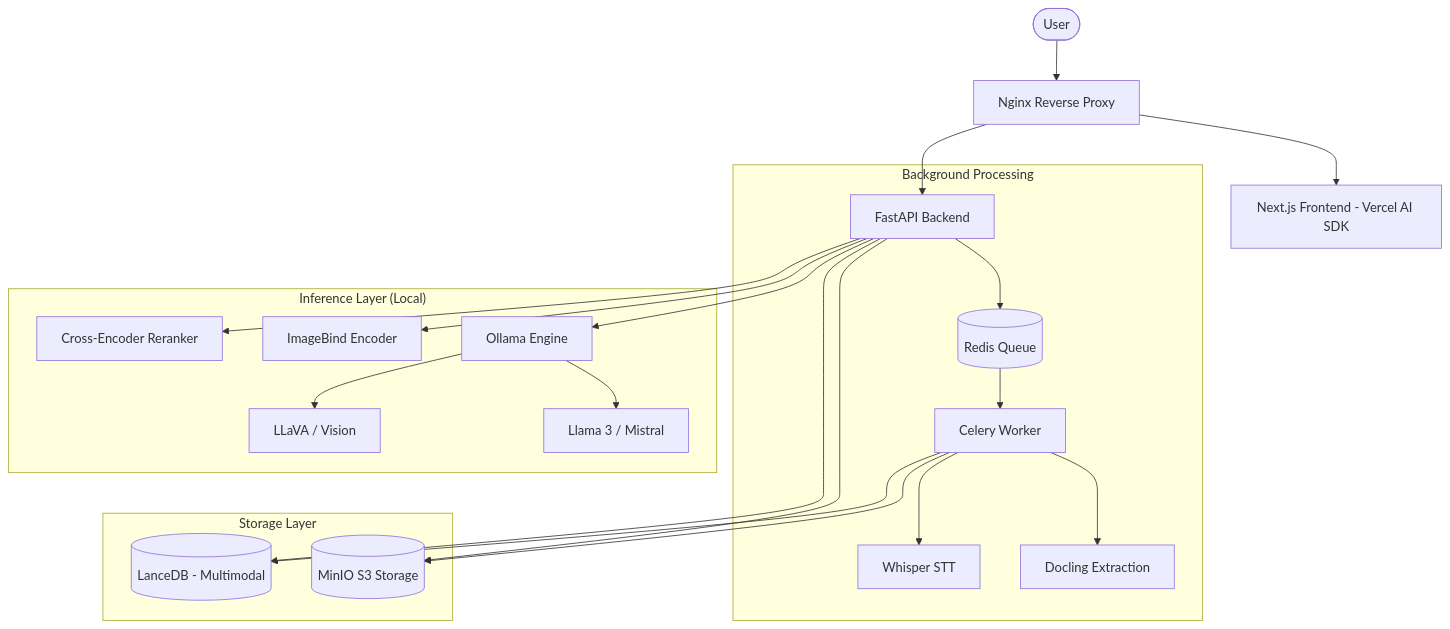
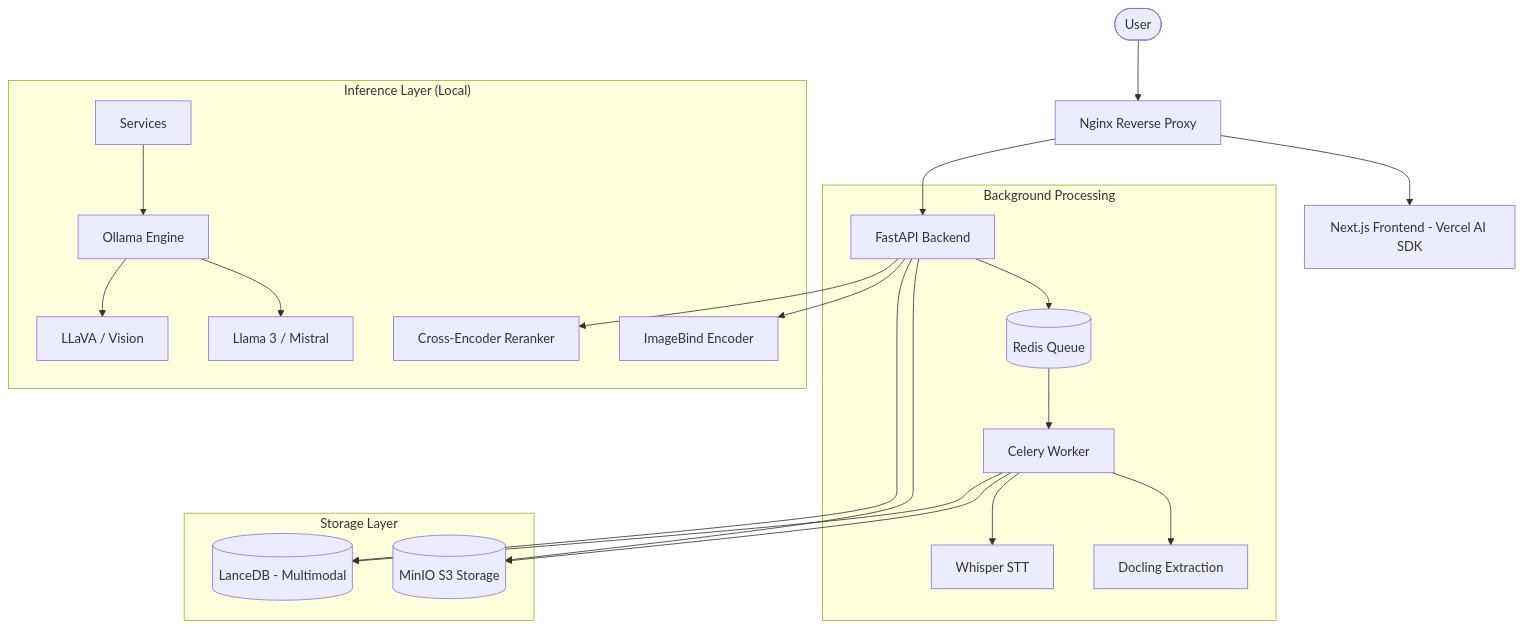
Before and after one commit to wayangalihpratama/localRAG-vision: the diagram in docs/LLD.md, drawn with Mermaid. The commit also changed other lines of this file and 2 other files, not shown here.

````diff
--- a/docs/LLD.md
+++ b/docs/LLD.md
@@ -10,28 +10,28 @@
 ```mermaid
 graph TD
     User([User]) --> Nginx[Nginx Reverse Proxy]
     Nginx --> UI[Next.js Frontend - Vercel AI SDK]
     Nginx --> API[FastAPI Backend]
 
     subgraph "Background Processing"
         API --> Redis[(Redis Queue)]
         Redis --> Worker[Celery Worker]
         Worker --> Docling[Docling Extraction]
         Worker --> Whisper[Whisper STT]
     end
 
     subgraph "Storage Layer"
         API --> MinIO[(MinIO S3 Storage)]
         API --> VectorDB[(LanceDB - Multimodal)]
         Worker --> MinIO
         Worker --> VectorDB
     end
 
     subgraph "Inference Layer (Local)"
-        API --> Ollama[Ollama Engine]
+        Services --> Ollama[Ollama Engine]
         Ollama --> Llama3[Llama 3 / Mistral]
         Ollama --> LLaVA[LLaVA / Vision]
         API --> ImageBind[ImageBind Encoder]
         API --> Reranker[Cross-Encoder Reranker]
     end
 ```
````
